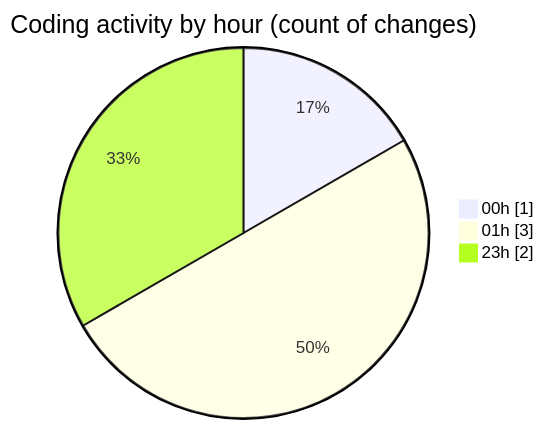
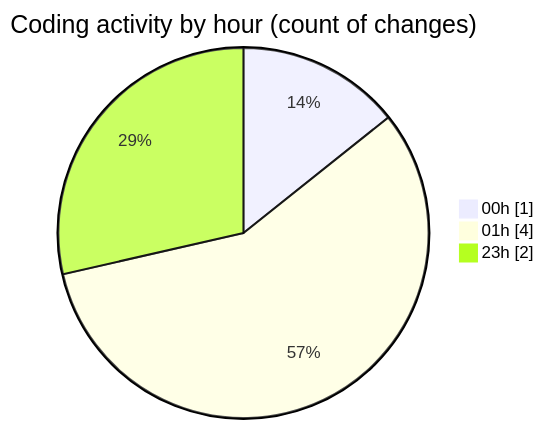
The second of 2 diagrams in 2025-02-19/masm/README.md (charlie-sans/code-tracking), drawn with Mermaid before and after one commit. The commit also changed other lines of this file and 1 other file, not shown here.

````diff
--- a/2025-02-19/masm/README.md
+++ b/2025-02-19/masm/README.md
@@ -31,7 +32,7 @@
 ```mermaid
 pie showData
 title Coding activity by hour (count of changes)
 "00h" : 1
-"01h" : 3
+"01h" : 4
 "23h" : 2
 ```
````
